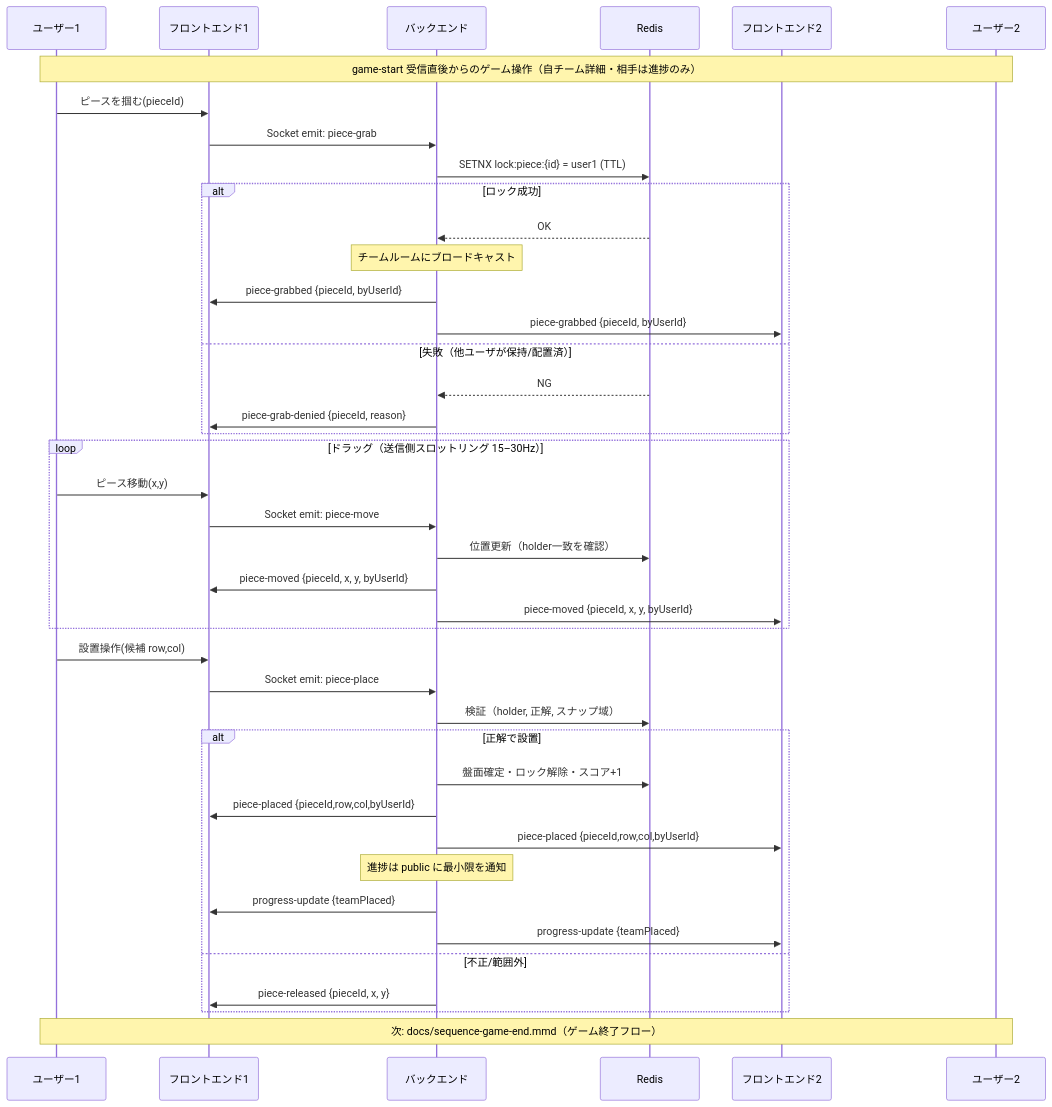
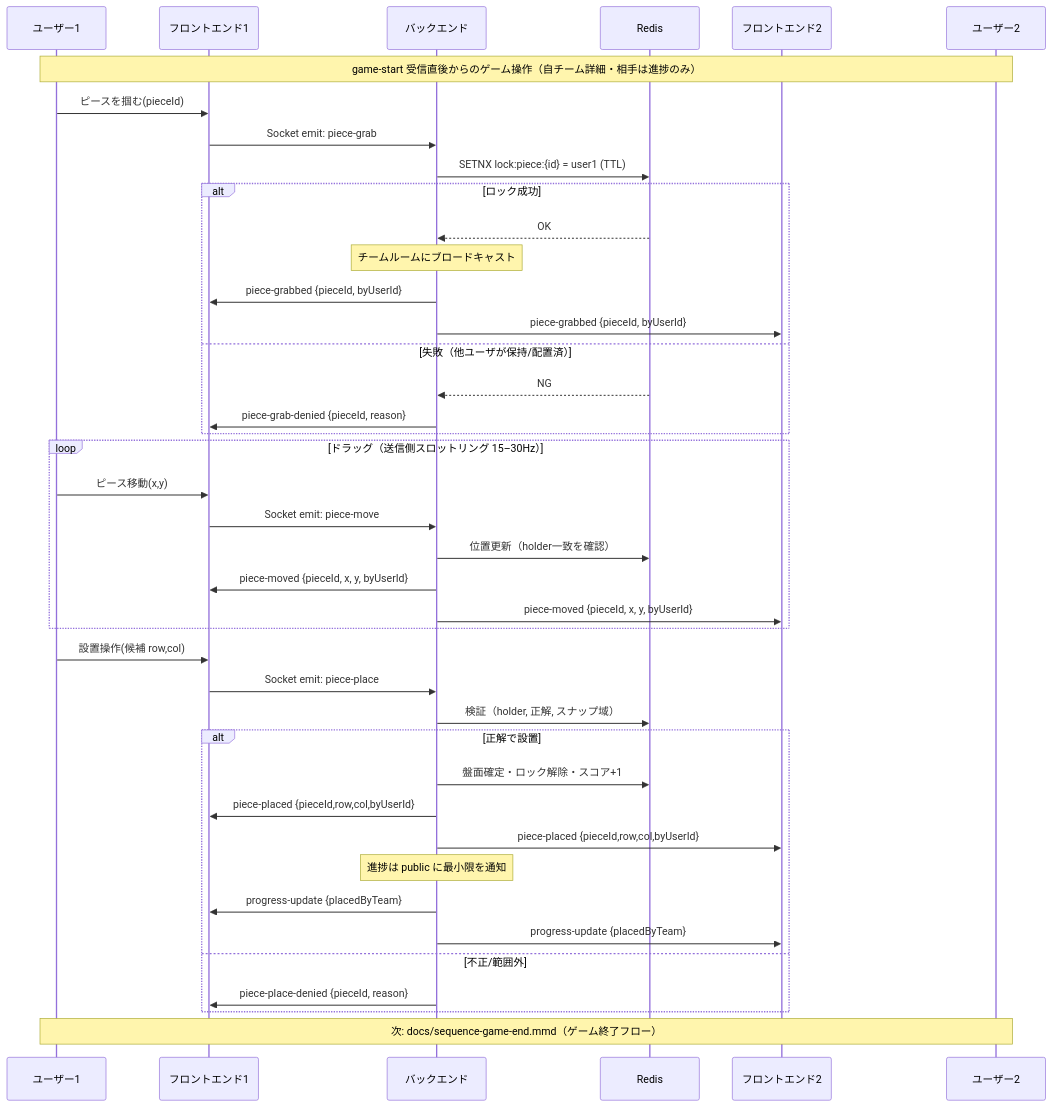
Before and after one commit to kotek-7/minpuzz: the diagram in docs/in-game/sequence-in-game.mmd, drawn with Mermaid. The commit also changed 1 other file, not shown here.

```diff
--- a/docs/in-game/sequence-in-game.mmd
+++ b/docs/in-game/sequence-in-game.mmd
@@ -1,49 +1,49 @@
 %%{init: {'theme':'default', 'themeVariables': {'primaryColor': '#4f46e5', 'primaryTextColor': '#fff', 'primaryBorderColor': '#3730a3', 'lineColor': '#374151', 'secondaryColor': '#e5e7eb', 'tertiaryColor': '#f3f4f6'}}}%%
 
 %% ゲーム中（通常操作：掴む→動かす→設置→進捗更新）
 sequenceDiagram
     participant U1 as ユーザー1
     participant F1 as フロントエンド1
     participant B as バックエンド
     participant R as Redis
     participant F2 as フロントエンド2
     participant U2 as ユーザー2
 
     Note over U1,U2: game-start 受信直後からのゲーム操作（自チーム詳細・相手は進捗のみ）
 
     U1->>F1: ピースを掴む(pieceId)
     F1->>B: Socket emit: piece-grab
     B->>R: SETNX lock:piece:{id} = user1 (TTL)
     alt ロック成功
         R-->>B: OK
         Note over B: チームルームにブロードキャスト
         B->>F1: piece-grabbed {pieceId, byUserId}
         B->>F2: piece-grabbed {pieceId, byUserId}
     else 失敗（他ユーザが保持/配置済）
         R-->>B: NG
         B->>F1: piece-grab-denied {pieceId, reason}
     end
 
     loop ドラッグ（送信側スロットリング 15–30Hz）
         U1->>F1: ピース移動(x,y)
         F1->>B: Socket emit: piece-move
         B->>R: 位置更新（holder一致を確認）
         B->>F1: piece-moved {pieceId, x, y, byUserId}
         B->>F2: piece-moved {pieceId, x, y, byUserId}
     end
 
     U1->>F1: 設置操作(候補 row,col)
     F1->>B: Socket emit: piece-place
     B->>R: 検証（holder, 正解, スナップ域）
     alt 正解で設置
         B->>R: 盤面確定・ロック解除・スコア+1
         B->>F1: piece-placed {pieceId,row,col,byUserId}
         B->>F2: piece-placed {pieceId,row,col,byUserId}
         Note over B: 進捗は public に最小限を通知
-        B->>F1: progress-update {teamPlaced}
-        B->>F2: progress-update {teamPlaced}
+        B->>F1: progress-update {placedByTeam}
+        B->>F2: progress-update {placedByTeam}
     else 不正/範囲外
-        B->>F1: piece-released {pieceId, x, y}
+        B->>F1: piece-place-denied {pieceId, reason}
     end
 
     Note over U1,U2: 次: docs/sequence-game-end.mmd（ゲーム終了フロー）
```
